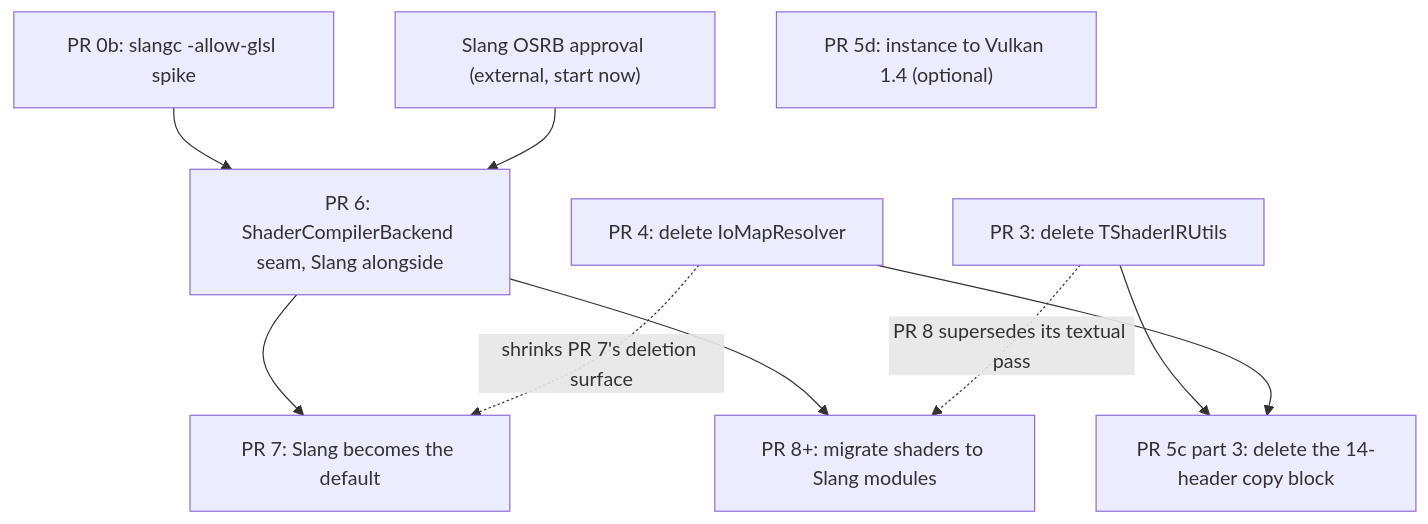
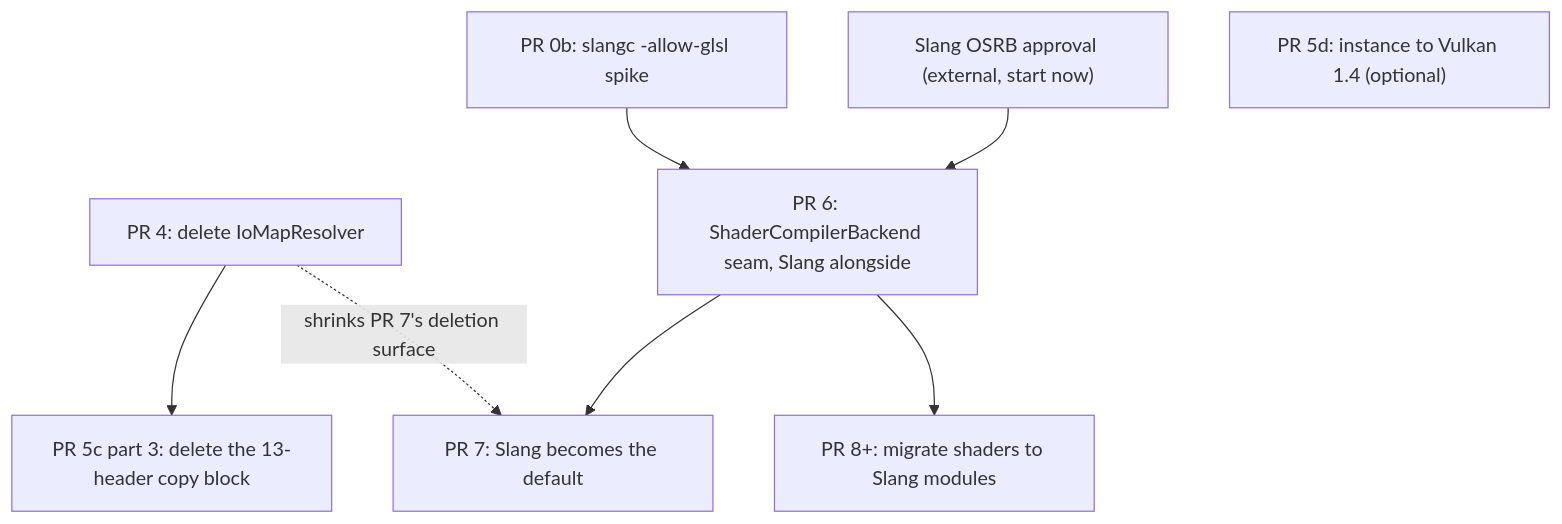
One commit to heavyai/heavydb changed the diagram in .cursor/plans/remaining-slang-migration-work.md. Above: the diagram before and after it, drawn with Mermaid. The commit also changed other lines of this file, not shown here.

````diff
--- a/.cursor/plans/remaining-slang-migration-work.md
+++ b/.cursor/plans/remaining-slang-migration-work.md
@@ -50,21 +51,18 @@
 ```mermaid
 flowchart TD
     OSRB["Slang OSRB approval (external, start now)"]
     PR0b["PR 0b: slangc -allow-glsl spike"]
-    PR3["PR 3: delete TShaderIRUtils"]
     PR4["PR 4: delete IoMapResolver"]
-    PR5c3["PR 5c part 3: delete the 14-header copy block"]
+    PR5c3["PR 5c part 3: delete the 13-header copy block"]
     PR5d["PR 5d: instance to Vulkan 1.4 (optional)"]
     PR6["PR 6: ShaderCompilerBackend seam, Slang alongside"]
     PR7["PR 7: Slang becomes the default"]
     PR8["PR 8+: migrate shaders to Slang modules"]
 
-    PR3 --> PR5c3
     PR4 --> PR5c3
     PR0b --> PR6
     OSRB --> PR6
     PR6 --> PR7
     PR6 --> PR8
     PR4 -.->|"shrinks PR 7's deletion surface"| PR7
-    PR3 -.->|"PR 8 supersedes its textual pass"| PR8
 ```
````
